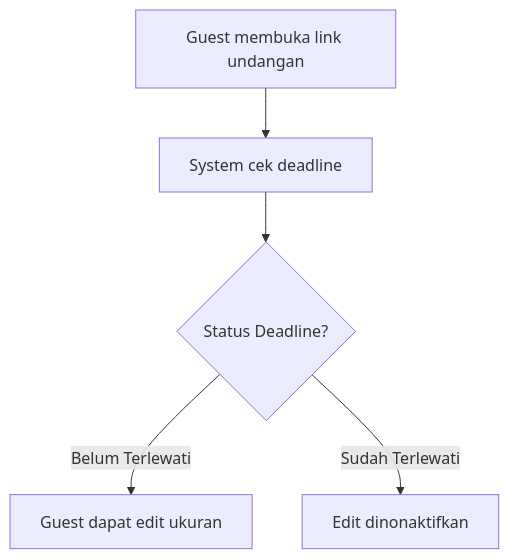
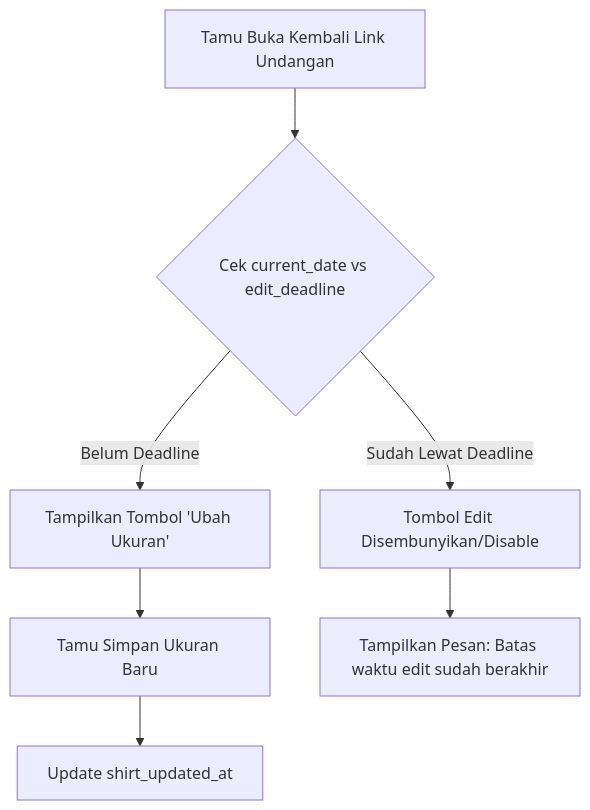
The ninth of 13 diagrams in docs/project_brief.md (bip-itteam-internal/halal-bihalal-2025), drawn with Mermaid before and after one commit. The commit also changed other lines of this file, not shown here.

Commit message:
docs: add manual single guest entry to flows and role definitions

````diff
--- a/docs/project_brief.md
+++ b/docs/project_brief.md
@@ -455,7 +508,9 @@
 ```mermaid
 graph TD
-    A[Guest membuka link undangan] --> B[System cek deadline]
-    B --> C{Status Deadline?}
-    C -- Belum Terlewati --> D[Guest dapat edit ukuran]
-    C -- Sudah Terlewati --> E[Edit dinonaktifkan]
+    A[Tamu Buka Kembali Link Undangan] --> B{Cek current_date vs edit_deadline}
+    B -- Belum Deadline --> C[Tampilkan Tombol 'Ubah Ukuran']
+    C --> D[Tamu Simpan Ukuran Baru]
+    D --> E[Update shirt_updated_at]
+    B -- Sudah Lewat Deadline --> F[Tombol Edit Disembunyikan/Disable]
+    F --> G[Tampilkan Pesan: Batas waktu edit sudah berakhir]
 ```
````
